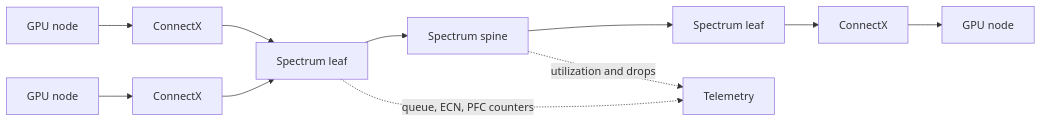
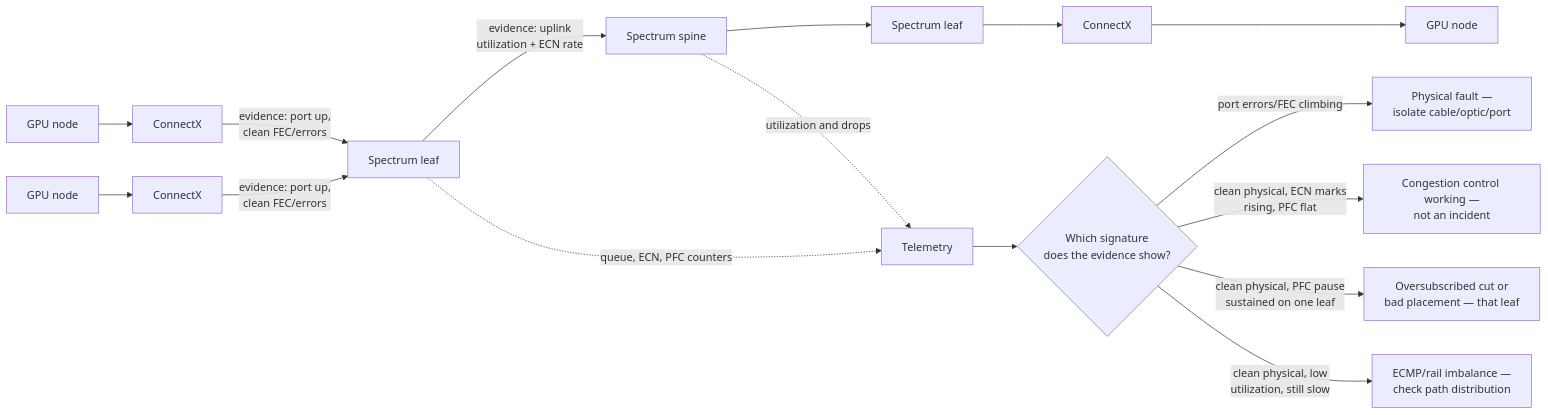
The first of 2 diagrams in docs/nvidia-zero-to-hero/volume-09/chapter-07-spectrum-switches-for-ai.md (jithinpnjm/nvidia-devops), drawn with Mermaid before and after one commit. The commit also changed other lines of this file, not shown here.

First line of the commit message:
Depth rework: chapter 07 (Spectrum Switches for AI) complete

````diff
--- a/docs/nvidia-zero-to-hero/volume-09/chapter-07-spectrum-switches-for-ai.md
+++ b/docs/nvidia-zero-to-hero/volume-09/chapter-07-spectrum-switches-for-ai.md
@@ -41,13 +41,18 @@
 ```mermaid
 flowchart LR
-    A[GPU node] --> CA[ConnectX]
-    B[GPU node] --> CB[ConnectX]
-    CA --> L1[Spectrum leaf]
-    CB --> L1
-    L1 --> S1[Spectrum spine]
-    S1 --> L2[Spectrum leaf]
-    L2 --> CC[ConnectX]
-    CC --> C[GPU node]
-    L1 -. queue, ECN, PFC counters .-> T[Telemetry]
-    S1 -. utilization and drops .-> T
+    A["GPU node"] --> CA["ConnectX"]
+    B["GPU node"] --> CB["ConnectX"]
+    CA -->|"evidence: port up,\nclean FEC/errors"| L1["Spectrum leaf"]
+    CB -->|"evidence: port up,\nclean FEC/errors"| L1
+    L1 -->|"evidence: uplink\nutilization + ECN rate"| S1["Spectrum spine"]
+    S1 --> L2["Spectrum leaf"]
+    L2 --> CC["ConnectX"]
+    CC --> C["GPU node"]
+    L1 -. "queue, ECN, PFC counters" .-> T["Telemetry"]
+    S1 -. "utilization and drops" .-> T
+    T --> J{"Which signature\ndoes the evidence show?"}
+    J -->|"port errors/FEC climbing"| PHY["Physical fault —\nisolate cable/optic/port"]
+    J -->|"clean physical, ECN marks\nrising, PFC flat"| HEALTHY["Congestion control working —\nnot an incident"]
+    J -->|"clean physical, PFC pause\nsustained on one leaf"| HOT["Oversubscribed cut or\nbad placement — that leaf"]
+    J -->|"clean physical, low\nutilization, still slow"| ROUTE["ECMP/rail imbalance —\ncheck path distribution"]
 ```
````
